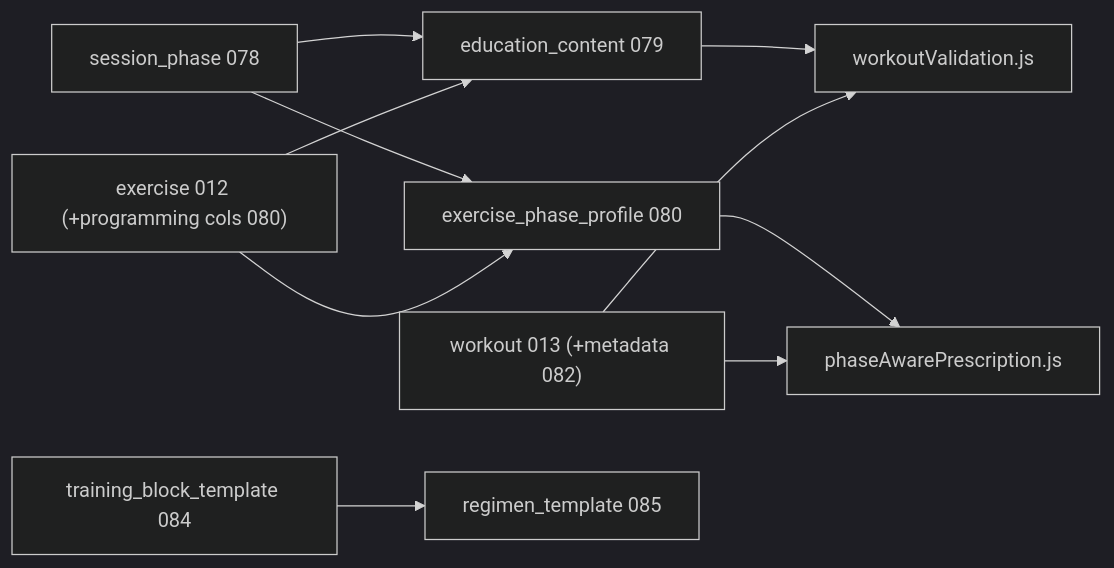
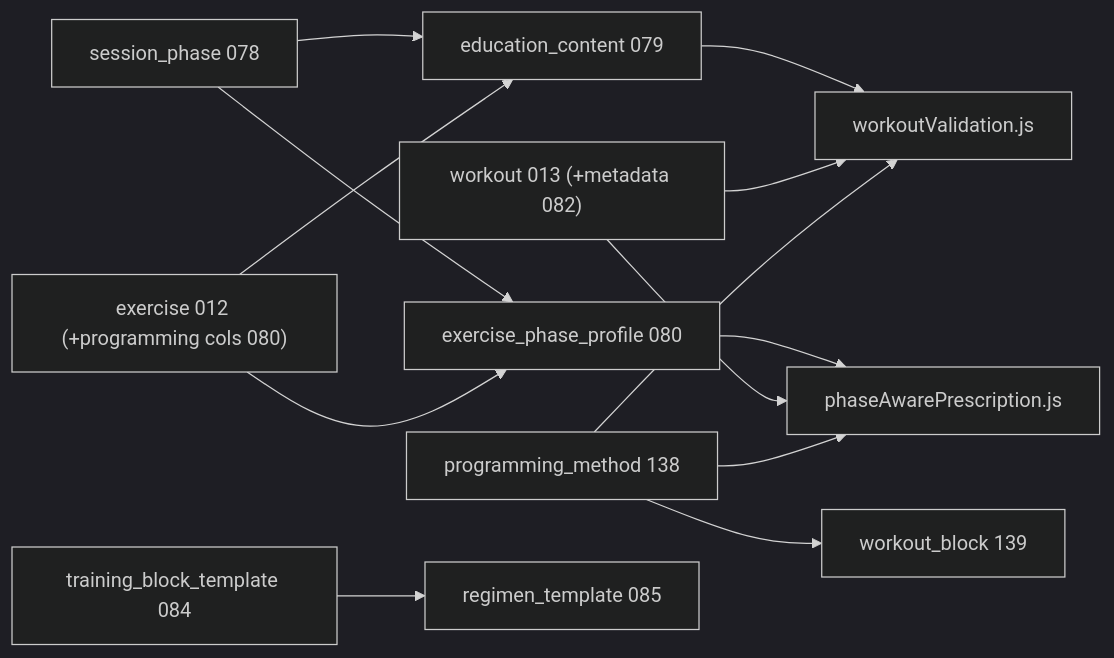
One commit to JimmyJr77/vortex changed the first of 2 diagrams in docs/COACHING_CORNER_ROADMAP.md. Above: the diagram before and after it, drawn with Mermaid (dark theme). The commit also changed other lines of this file and 38 other files, not shown here.

First line of the commit message:
Fix coaching library boot migrations and add programming method library.

````diff
--- a/docs/COACHING_CORNER_ROADMAP.md
+++ b/docs/COACHING_CORNER_ROADMAP.md
@@ -430,12 +433,15 @@
 ```mermaid
 graph LR
   SP["session_phase 078"] --> EC["education_content 079"]
   SP --> EPP["exercise_phase_profile 080"]
   EX2["exercise 012 (+programming cols 080)"] --> EPP
   EX2 --> EC
   EC --> VAL["workoutValidation.js"]
   EPP --> NE["phaseAwarePrescription.js"]
   W2["workout 013 (+metadata 082)"] --> VAL
   W2 --> NE
+  PM["programming_method 138"] --> WB2["workout_block 139"]
+  PM --> VAL
+  PM --> NE
   TB["training_block_template 084"] --> RT["regimen_template 085"]
 ```
````
